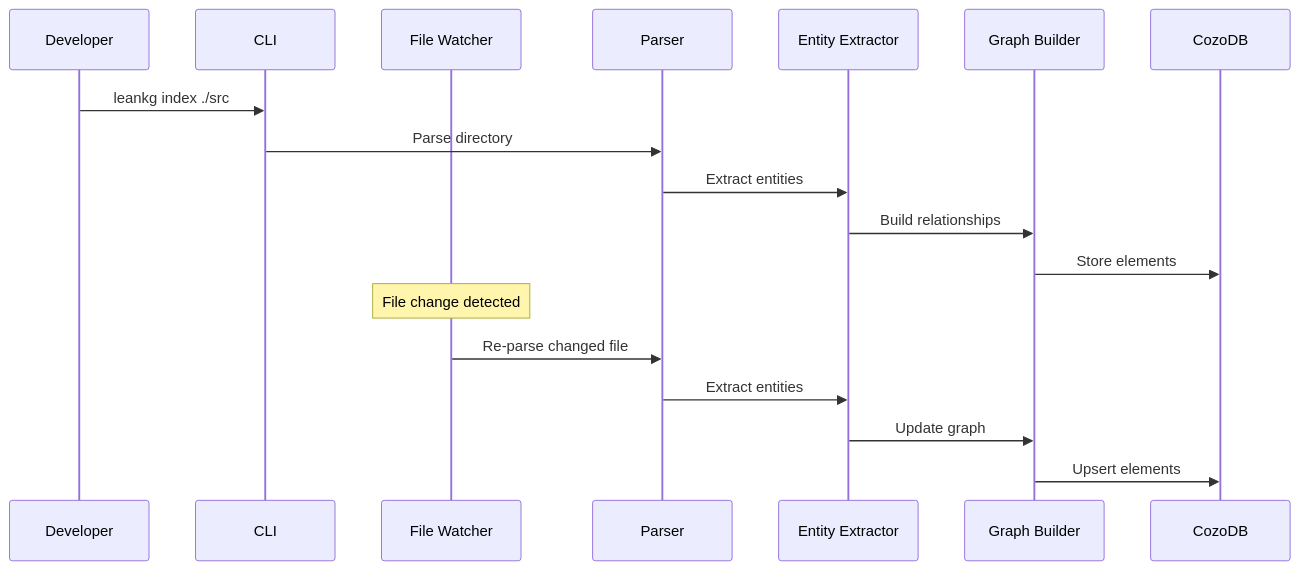
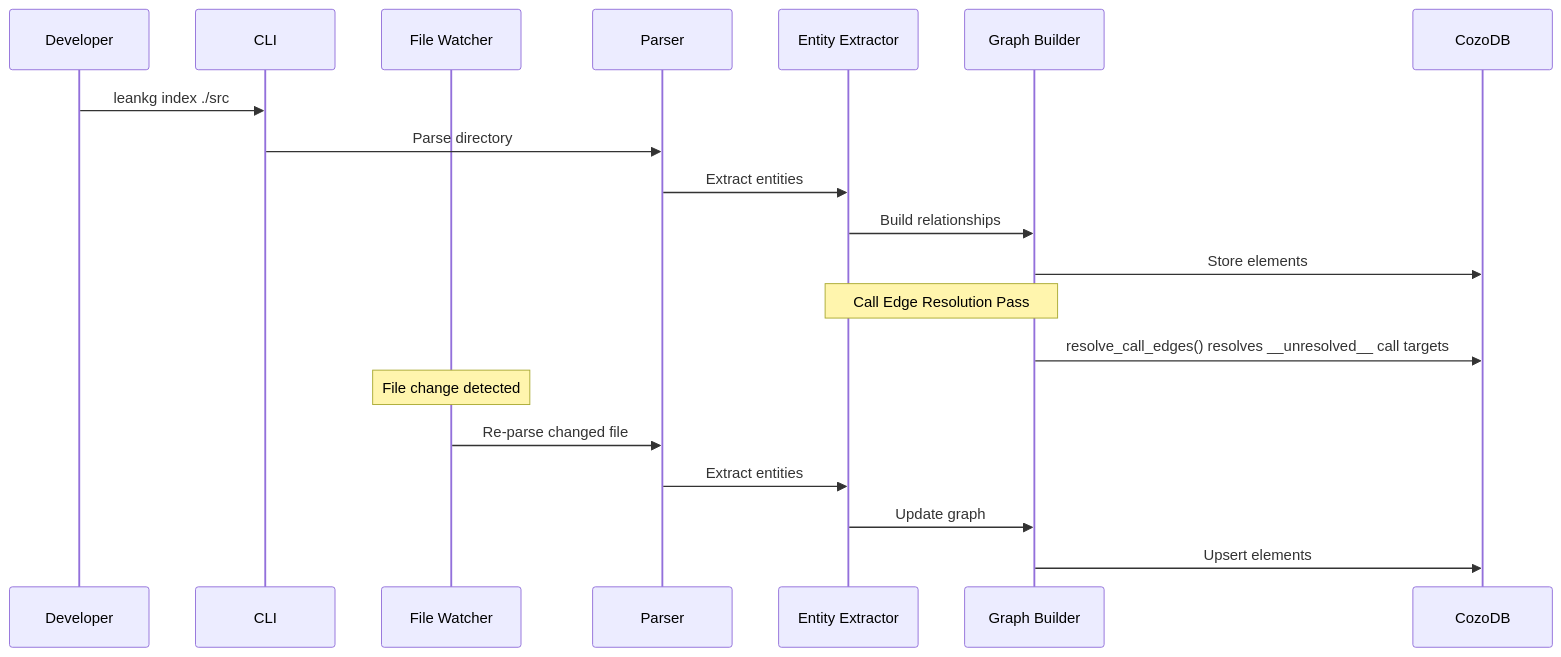
One commit to FreePeak/LeanKG changed the fifth of 13 diagrams in docs/design/hld-leankg.md. Above: the diagram before and after it, drawn with Mermaid. The commit also changed other lines of this file, not shown here.

````diff
--- a/docs/design/hld-leankg.md
+++ b/docs/design/hld-leankg.md
@@ -481,22 +482,25 @@
 ```mermaid
 sequenceDiagram
     participant Dev as Developer
     participant CLI as CLI
     participant Watch as File Watcher
     participant Parse as Parser
     participant Extract as Entity Extractor
     participant Build as Graph Builder
     participant DB as CozoDB
 
     Dev->>CLI: leankg index ./src
     CLI->>Parse: Parse directory
     Parse->>Extract: Extract entities
     Extract->>Build: Build relationships
     Build->>DB: Store elements
     
+    Note over Extract,Build: Call Edge Resolution Pass
+    Build->>DB: resolve_call_edges() resolves __unresolved__ call targets
+    
     Note over Watch: File change detected
     Watch->>Parse: Re-parse changed file
     Parse->>Extract: Extract entities
     Extract->>Build: Update graph
     Build->>DB: Upsert elements
 ```
````
